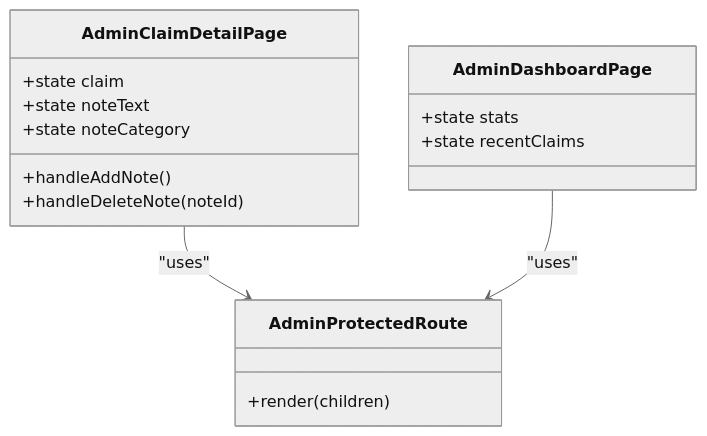
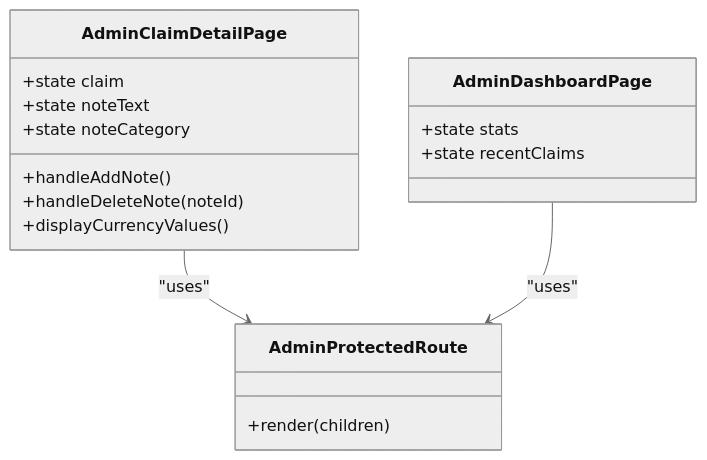
The sixth of 7 diagrams in .qoder/repowiki/en/content/Frontend Documentation/Pages and Views/Admin Pages/Admin Note System.md (NaveenHiranya/Smart-Vehicle-Insurance-Claim-System), drawn with Mermaid (neutral theme) before and after one commit. The commit also changed other lines of this file and 9 other files, not shown here.

````diff
--- a/.qoder/repowiki/en/content/Frontend Documentation/Pages and Views/Admin Pages/Admin Note System.md
+++ b/.qoder/repowiki/en/content/Frontend Documentation/Pages and Views/Admin Pages/Admin Note System.md
@@ -258,19 +270,20 @@
 ```mermaid
 classDiagram
 class AdminClaimDetailPage {
 +state claim
 +state noteText
 +state noteCategory
 +handleAddNote()
 +handleDeleteNote(noteId)
++displayCurrencyValues()
 }
 class AdminProtectedRoute {
 +render(children)
 }
 class AdminDashboardPage {
 +state stats
 +state recentClaims
 }
 AdminClaimDetailPage --> AdminProtectedRoute : "uses"
 AdminDashboardPage --> AdminProtectedRoute : "uses"
 ```
````
